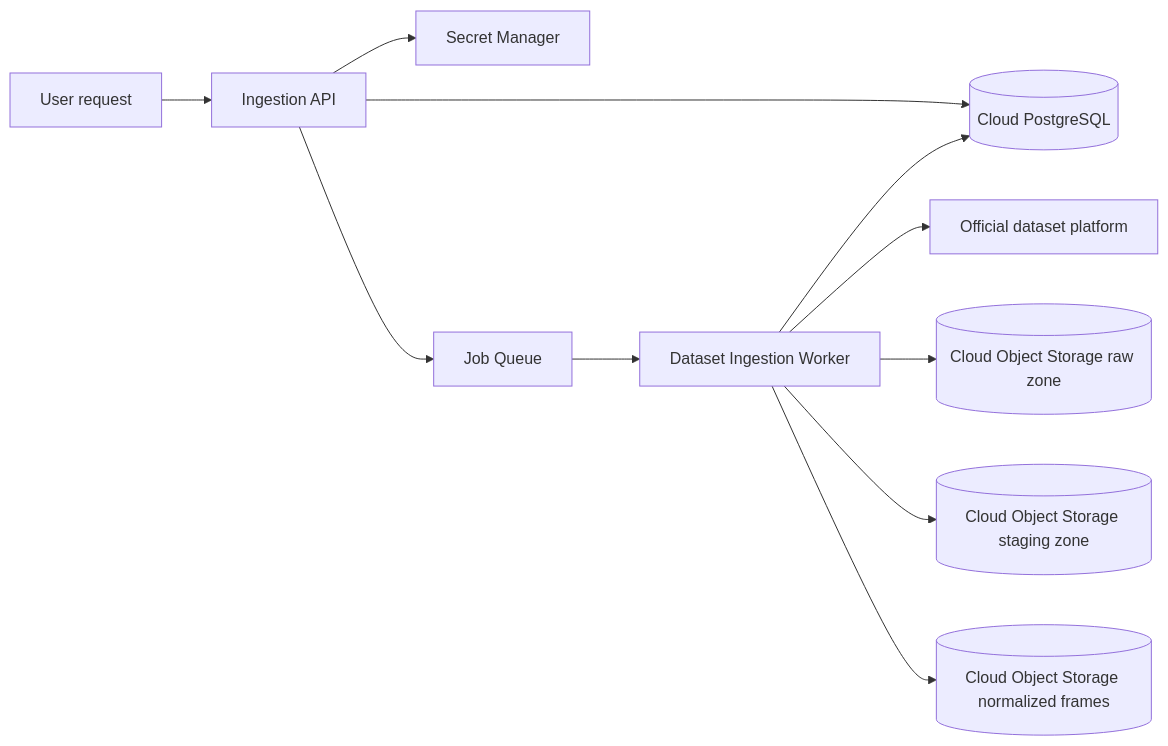
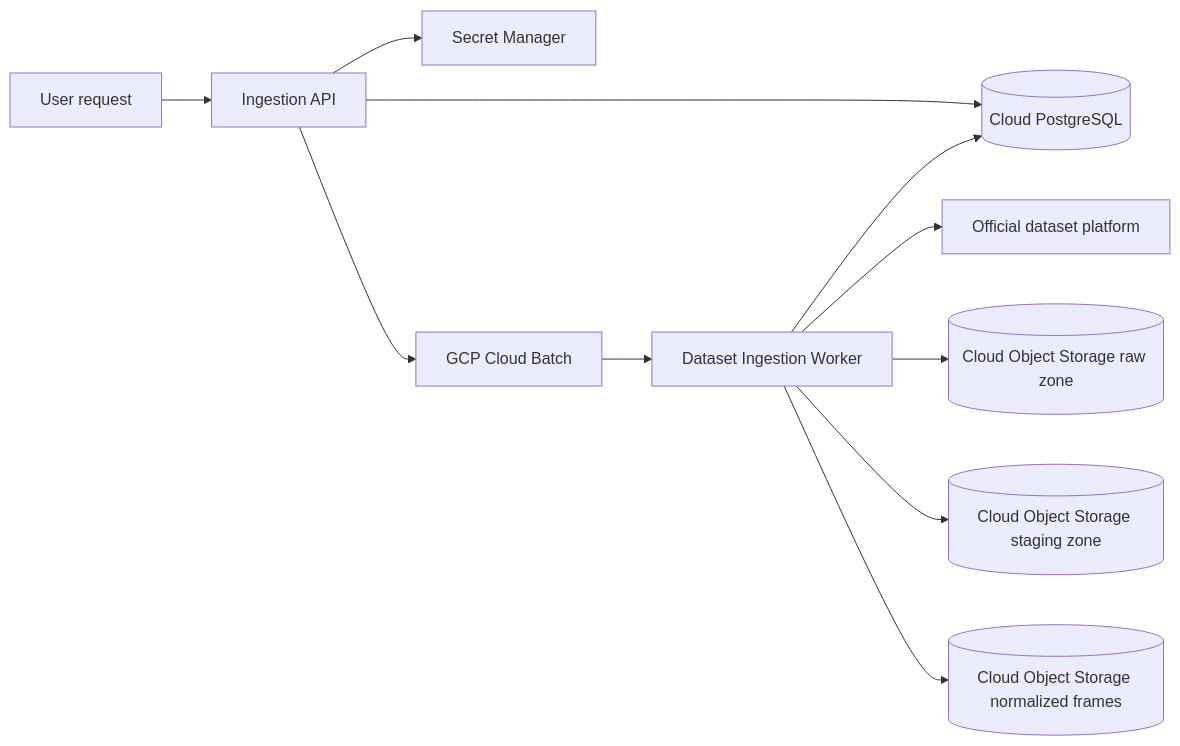
Before and after one commit to DuyKhanh29104/ProjectAI-VinUni: the diagram in docs/official_cloud_ingestion_automation.md, drawn with Mermaid. The commit also changed other lines of this file and 282 other files, not shown here.

````diff
--- a/docs/official_cloud_ingestion_automation.md
+++ b/docs/official_cloud_ingestion_automation.md
@@ -19,13 +20,13 @@
 ```mermaid
 flowchart LR
     User[User request] --> API[Ingestion API]
     API --> DB[(Cloud PostgreSQL)]
     API --> Secrets[Secret Manager]
-    API --> Queue[Job Queue]
-    Queue --> Worker[Dataset Ingestion Worker]
+    API --> Batch[GCP Cloud Batch]
+    Batch --> Worker[Dataset Ingestion Worker]
     Worker --> Official[Official dataset platform]
     Worker --> Raw[(Cloud Object Storage raw zone)]
     Worker --> Stage[(Cloud Object Storage staging zone)]
     Worker --> DB
     Worker --> Normalized[(Cloud Object Storage normalized frames)]
 ```
````
